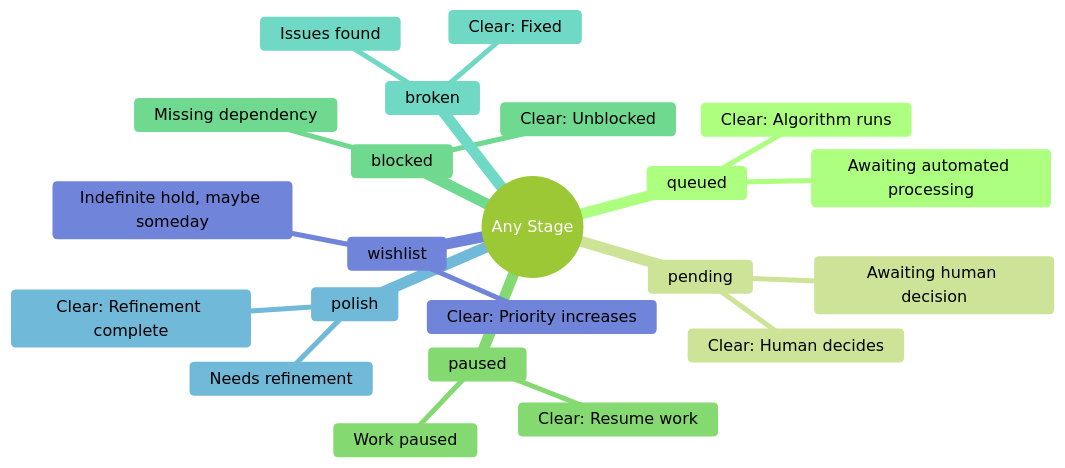
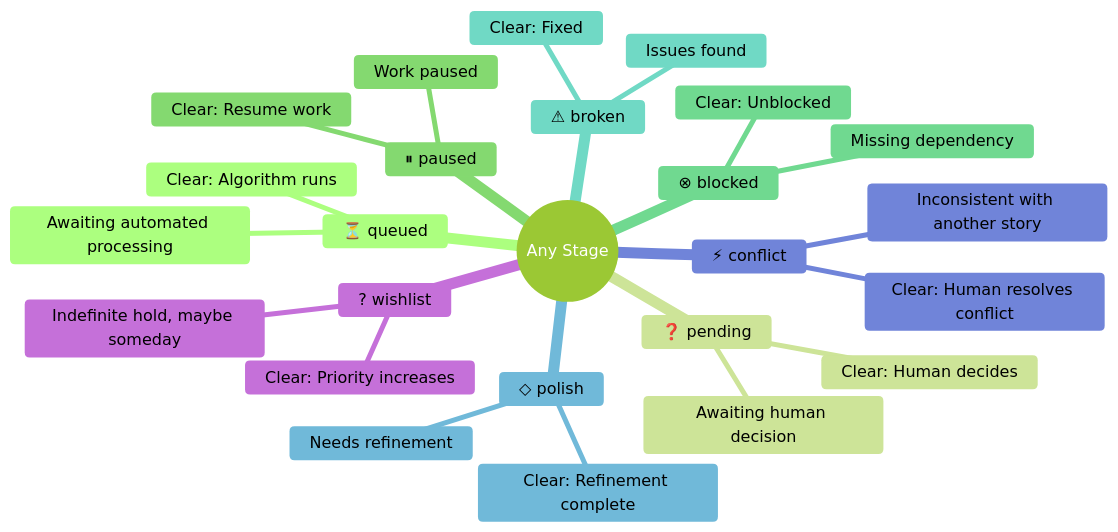
Before and after one commit to Mharbulous/SyncoPaid: the second of 11 diagrams in .claude/skills/story-tree/references/workflow-diagrams.md, drawn with Mermaid (forest theme). The commit also changed 2 other files, not shown here.

Commit message:
feat(story-tree): add emojis to hold status documentation
- Add emoji prefix to each hold reason in SKILL.md table
- Add emoji prefix to Hold States mindmap in workflow-diagrams.md
- Add missing 'conflict' status to tree-view.py symbol maps

````diff
--- a/.claude/skills/story-tree/references/workflow-diagrams.md
+++ b/.claude/skills/story-tree/references/workflow-diagrams.md
@@ -99,25 +99,28 @@
 ```mermaid
 mindmap
   root((Any Stage))
-    queued
+    ⏳ queued
       Awaiting automated processing
       Clear: Algorithm runs
-    pending
+    ❓ pending
       Awaiting human decision
       Clear: Human decides
-    paused
+    ⏸ paused
       Work paused
       Clear: Resume work
-    blocked
+    ⊗ blocked
       Missing dependency
       Clear: Unblocked
-    broken
+    ⚠ broken
       Issues found
       Clear: Fixed
-    polish
+    ◇ polish
       Needs refinement
       Clear: Refinement complete
-    wishlist
+    ⚡ conflict
+      Inconsistent with another story
+      Clear: Human resolves conflict
+    ? wishlist
       Indefinite hold, maybe someday
       Clear: Priority increases
 ```
````
